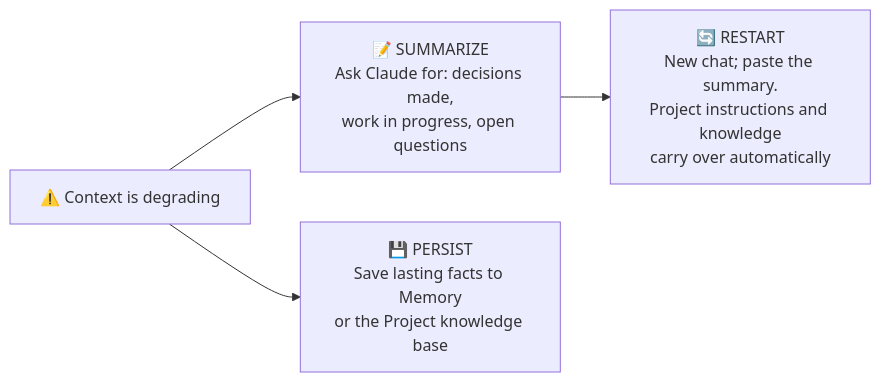
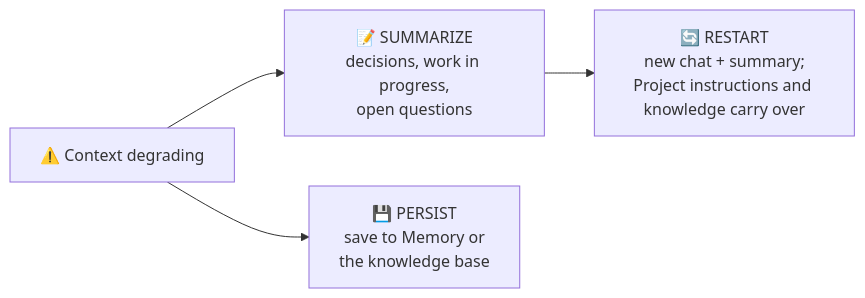
Before and after one commit to saurabhSMS1987/Public_Learning-DE-DS-ML-AI: the seventh of 7 diagrams in 008 CCAO- F Certification Prep/Module-1-Platform-and-Model-Foundations.md, drawn with Mermaid. The commit also changed other lines of this file and 1 other file, not shown here.

````diff
--- a/008 CCAO- F Certification Prep/Module-1-Platform-and-Model-Foundations.md
+++ b/008 CCAO- F Certification Prep/Module-1-Platform-and-Model-Foundations.md
@@ -381,6 +159,6 @@
 ```mermaid
 flowchart LR
-    D["⚠️ Context is degrading"] --> S["📝 SUMMARIZE<br/>Ask Claude for: decisions made,<br/>work in progress, open questions"]
-    S --> R["🔄 RESTART<br/>New chat; paste the summary.<br/>Project instructions and knowledge<br/>carry over automatically"]
-    D --> P["💾 PERSIST<br/>Save lasting facts to Memory<br/>or the Project knowledge base"]
+    D["⚠️ Context degrading"] --> S["📝 SUMMARIZE<br/>decisions, work in progress,<br/>open questions"]
+    S --> R["🔄 RESTART<br/>new chat + summary;<br/>Project instructions and knowledge carry over"]
+    D --> P["💾 PERSIST<br/>save to Memory or<br/>the knowledge base"]
 ```
````
